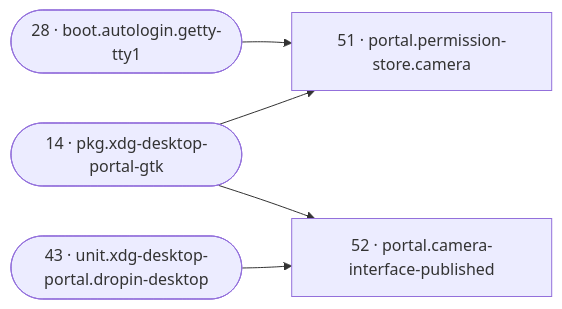
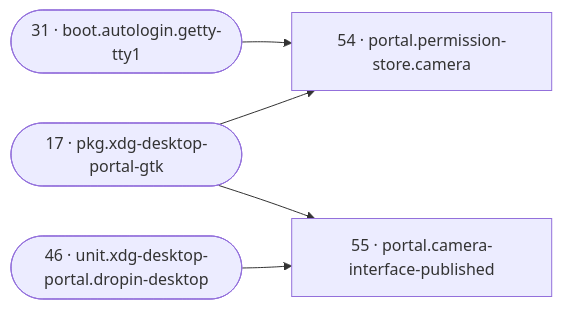
One commit to SixFive7/FrameLink changed diagram 16 of 21 in reference/reconcile-dag.md. Above: the diagram before and after it, drawn with Mermaid. The commit also changed other lines of this file and 12 other files, not shown here.

````diff
--- a/reference/reconcile-dag.md
+++ b/reference/reconcile-dag.md
@@ -445,12 +454,12 @@
 ```mermaid
 flowchart LR
-  r51["51 · portal.permission-store.camera"]
-  r52["52 · portal.camera-interface-published"]
-  r14(["14 · pkg.xdg-desktop-portal-gtk"])
-  r28(["28 · boot.autologin.getty-tty1"])
-  r43(["43 · unit.xdg-desktop-portal.dropin-desktop"])
-  r14 --> r51
-  r28 --> r51
-  r43 --> r52
-  r14 --> r52
+  r54["54 · portal.permission-store.camera"]
+  r55["55 · portal.camera-interface-published"]
+  r17(["17 · pkg.xdg-desktop-portal-gtk"])
+  r31(["31 · boot.autologin.getty-tty1"])
+  r46(["46 · unit.xdg-desktop-portal.dropin-desktop"])
+  r17 --> r54
+  r31 --> r54
+  r46 --> r55
+  r17 --> r55
 ```
````
